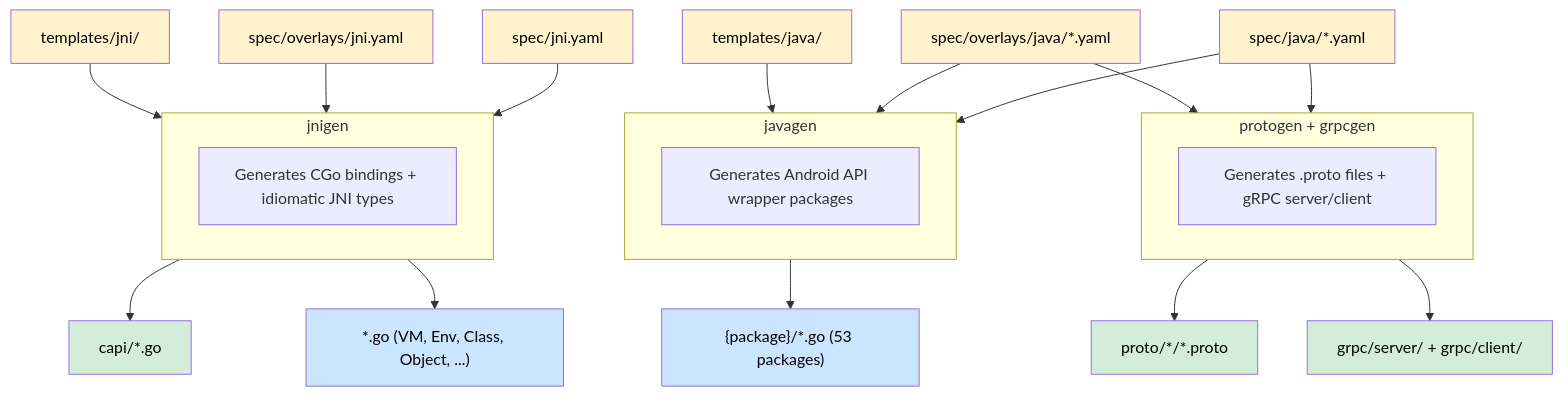
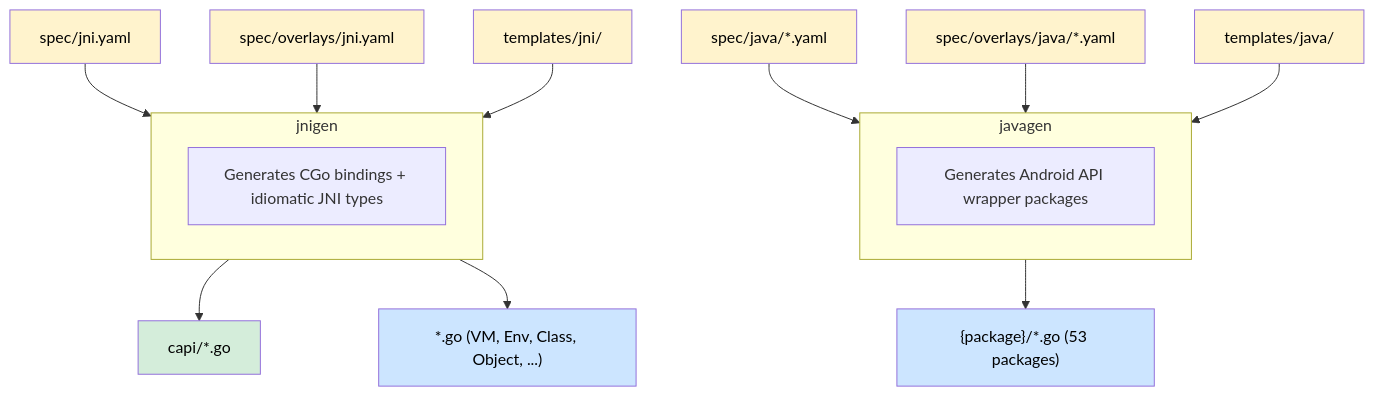
One commit to AndroidGoLab/jni changed the second of 2 diagrams in README.md. Above: the diagram before and after it, drawn with Mermaid. The commit also changed other lines of this file and 1 other file, not shown here.

````diff
--- a/README.md
+++ b/README.md
@@ -216,54 +229,41 @@
 ```mermaid
 flowchart TD
     JNISPEC["spec/jni.yaml"]
     JNIOVER["spec/overlays/jni.yaml"]
     JNITMPL["templates/jni/"]
     JAVASPEC["spec/java/*.yaml"]
     JAVAOVER["spec/overlays/java/*.yaml"]
     JAVATMPL["templates/java/"]
     CAPI["capi/*.go"]
     ROOT["*.go (VM, Env, Class, Object, ...)"]
     PKGS["{package}/*.go (53 packages)"]
-    PROTO["proto/*/*.proto"]
-    GRPC["grpc/server/ + grpc/client/"]
 
     JNISPEC --> S1
     JNIOVER --> S1
     JNITMPL --> S1
     subgraph S1["jnigen"]
         direction LR
         S1D["Generates CGo bindings + idiomatic JNI types"]
     end
     S1 --> CAPI
     S1 --> ROOT
 
     JAVASPEC --> S2
     JAVAOVER --> S2
     JAVATMPL --> S2
     subgraph S2["javagen"]
         direction LR
         S2D["Generates Android API wrapper packages"]
     end
     S2 --> PKGS
 
-    JAVASPEC --> S3
-    JAVAOVER --> S3
-    subgraph S3["protogen + grpcgen"]
-        direction LR
-        S3D["Generates .proto files + gRPC server/client"]
-    end
-    S3 --> PROTO
-    S3 --> GRPC
-
     style JNISPEC fill:#fff3cd,color:#000
     style JNIOVER fill:#fff3cd,color:#000
     style JNITMPL fill:#fff3cd,color:#000
     style JAVASPEC fill:#fff3cd,color:#000
     style JAVAOVER fill:#fff3cd,color:#000
     style JAVATMPL fill:#fff3cd,color:#000
     style CAPI fill:#d4edda,color:#000
     style ROOT fill:#cce5ff,color:#000
     style PKGS fill:#cce5ff,color:#000
-    style PROTO fill:#d4edda,color:#000
-    style GRPC fill:#d4edda,color:#000
 ```
````
